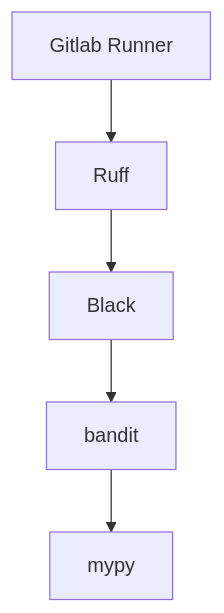
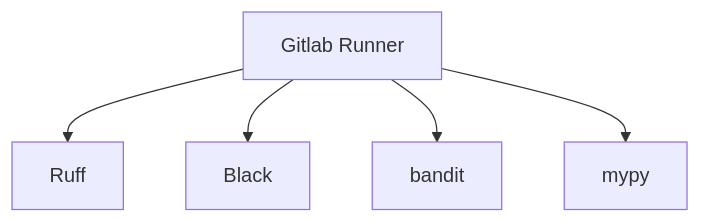
Before and after one commit to LaurentDumont/wallpaper-finder: the second of 2 diagrams in README.md, drawn with Mermaid. The commit also changed other lines of this file, not shown here.

Commit message:
Change readme mermaid diagram

````diff
--- a/README.md
+++ b/README.md
@@ -9,7 +10,7 @@
 ```mermaid
 graph TD;
-  Z[Gitlab Runner] --> A
-  A[Ruff]-->B[Black];
-  B -->C[bandit];
-  C --> D[mypy];
+  Z[Gitlab Runner] --> A[Ruff]
+  Z-->B[Black];
+  Z -->C[bandit];
+  Z --> D[mypy];
 ```
````
